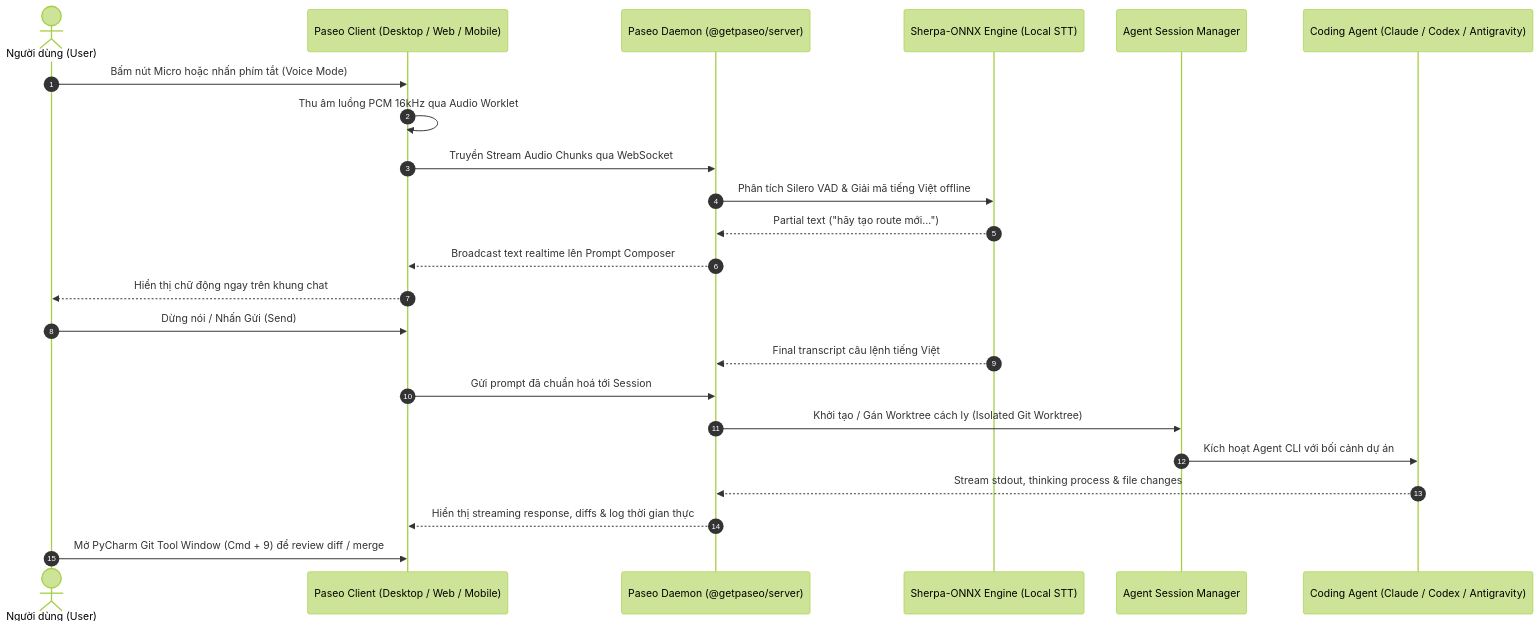
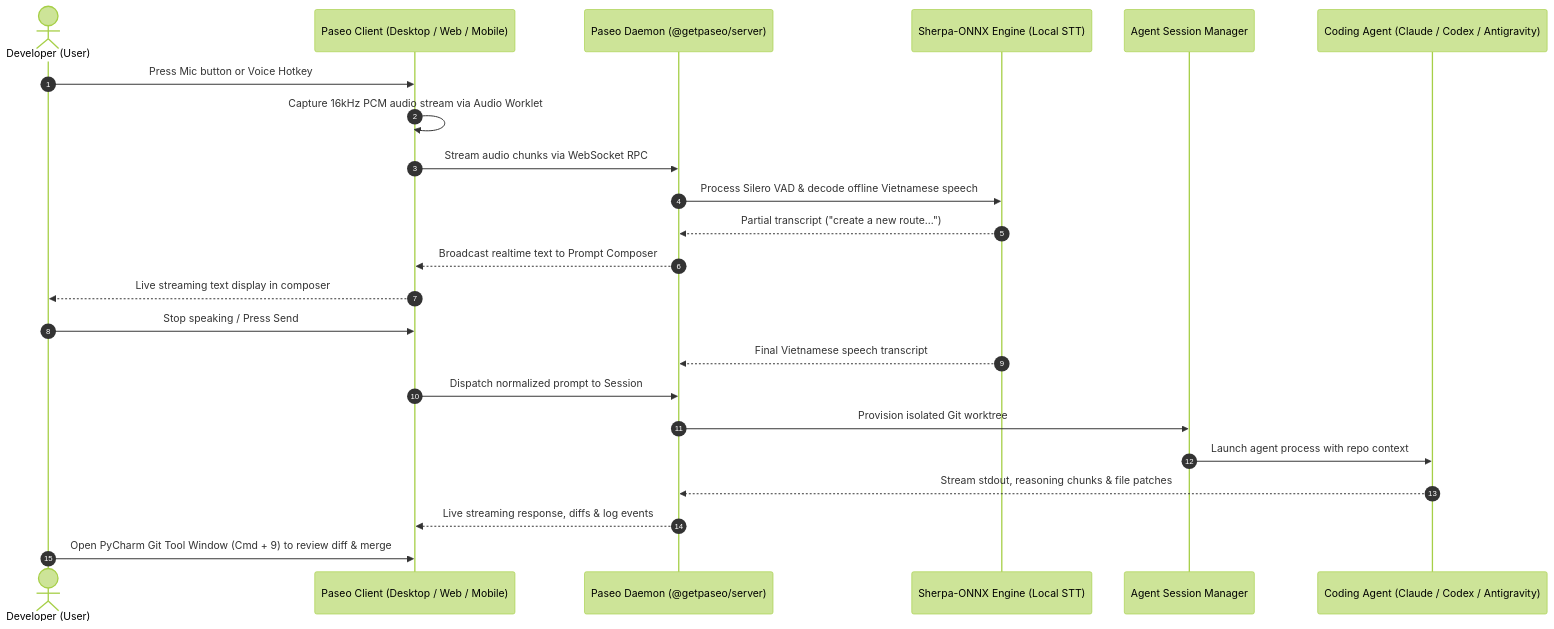
Before and after one commit to luongndcoder/paseo: the second of 3 diagrams in README.md, drawn with Mermaid (forest theme). The commit also changed other lines of this file and 2 other files, not shown here.

Commit message:
docs: translate plugin and architecture documentation to English and add registry publishing guide

````diff
--- a/README.md
+++ b/README.md
@@ -134,27 +134,27 @@
 ```mermaid
 sequenceDiagram
     autonumber
-    actor User as Người dùng (User)
+    actor User as Developer (User)
     participant Client as Paseo Client (Desktop / Web / Mobile)
     participant Daemon as Paseo Daemon (@getpaseo/server)
     participant Sherpa as Sherpa-ONNX Engine (Local STT)
     participant Session as Agent Session Manager
     participant Provider as Coding Agent (Claude / Codex / Antigravity)
 
-    User->>Client: Bấm nút Micro hoặc nhấn phím tắt (Voice Mode)
-    Client->>Client: Thu âm luồng PCM 16kHz qua Audio Worklet
-    Client->>Daemon: Truyền Stream Audio Chunks qua WebSocket
-    Daemon->>Sherpa: Phân tích Silero VAD & Giải mã tiếng Việt offline
-    Sherpa-->>Daemon: Partial text ("hãy tạo route mới...")
-    Daemon-->>Client: Broadcast text realtime lên Prompt Composer
-    Client-->>User: Hiển thị chữ động ngay trên khung chat
+    User->>Client: Press Mic button or Voice Hotkey
+    Client->>Client: Capture 16kHz PCM audio stream via Audio Worklet
+    Client->>Daemon: Stream audio chunks via WebSocket RPC
+    Daemon->>Sherpa: Process Silero VAD & decode offline Vietnamese speech
+    Sherpa-->>Daemon: Partial transcript ("create a new route...")
+    Daemon-->>Client: Broadcast realtime text to Prompt Composer
+    Client-->>User: Live streaming text display in composer
 
-    User->>Client: Dừng nói / Nhấn Gửi (Send)
-    Sherpa-->>Daemon: Final transcript câu lệnh tiếng Việt
-    Client->>Daemon: Gửi prompt đã chuẩn hoá tới Session
-    Daemon->>Session: Khởi tạo / Gán Worktree cách ly (Isolated Git Worktree)
-    Session->>Provider: Kích hoạt Agent CLI với bối cảnh dự án
-    Provider-->>Daemon: Stream stdout, thinking process & file changes
-    Daemon-->>Client: Hiển thị streaming response, diffs & log thời gian thực
-    User->>Client: Mở PyCharm Git Tool Window (Cmd + 9) để review diff / merge
+    User->>Client: Stop speaking / Press Send
+    Sherpa-->>Daemon: Final Vietnamese speech transcript
+    Client->>Daemon: Dispatch normalized prompt to Session
+    Daemon->>Session: Provision isolated Git worktree
+    Session->>Provider: Launch agent process with repo context
+    Provider-->>Daemon: Stream stdout, reasoning chunks & file patches
+    Daemon-->>Client: Live streaming response, diffs & log events
+    User->>Client: Open PyCharm Git Tool Window (Cmd + 9) to review diff & merge
 ```
````
